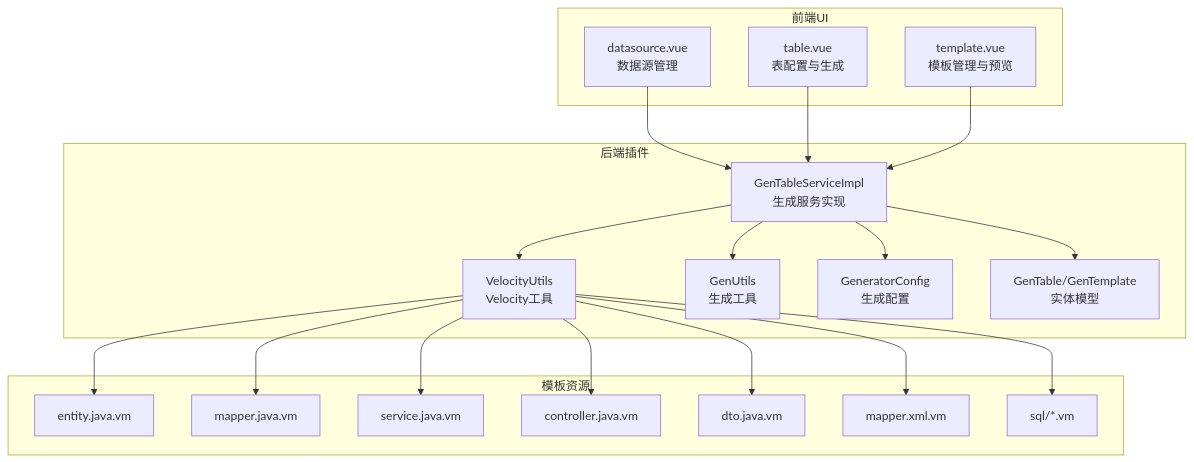
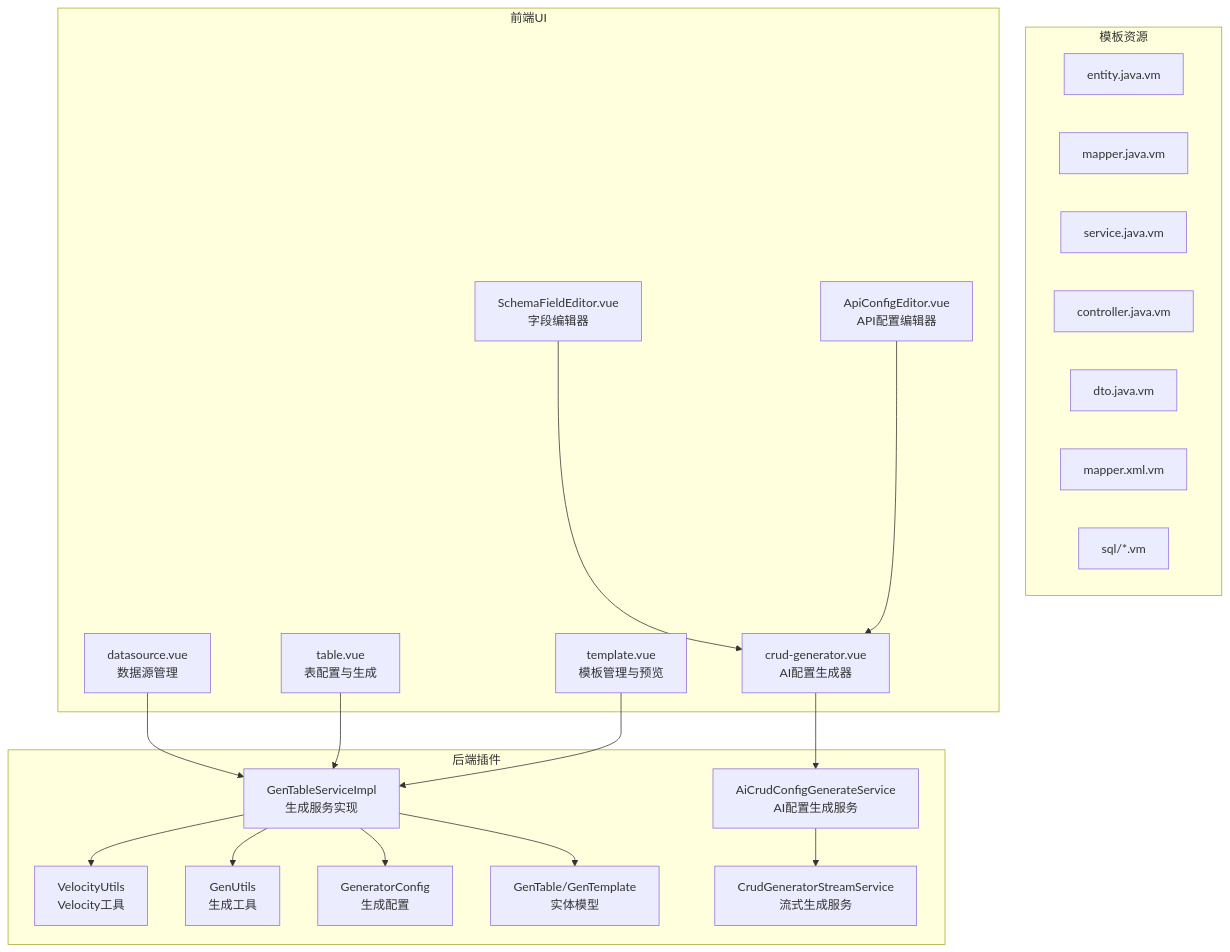
The first of 10 diagrams in .qoder/repowiki/zh/content/核心功能模块/代码生成器/代码生成器.md (yaomindong1996/forge-admin), drawn with Mermaid before and after one commit. The commit also changed other lines of this file and 56 other files, not shown here.

````diff
--- a/.qoder/repowiki/zh/content/核心功能模块/代码生成器/代码生成器.md
+++ b/.qoder/repowiki/zh/content/核心功能模块/代码生成器/代码生成器.md
@@ -41,38 +64,40 @@
 ```mermaid
 graph TB
 subgraph "后端插件"
 A["GenTableServiceImpl<br/>生成服务实现"]
 B["VelocityUtils<br/>Velocity工具"]
 C["GenUtils<br/>生成工具"]
 D["GeneratorConfig<br/>生成配置"]
 E["GenTable/GenTemplate<br/>实体模型"]
+F["AiCrudConfigGenerateService<br/>AI配置生成服务"]
+G["CrudGeneratorStreamService<br/>流式生成服务"]
 end
 subgraph "模板资源"
 T1["entity.java.vm"]
 T2["mapper.java.vm"]
 T3["service.java.vm"]
 T4["controller.java.vm"]
 T5["dto.java.vm"]
 T6["mapper.xml.vm"]
 T7["sql/*.vm"]
 end
 subgraph "前端UI"
 U1["datasource.vue<br/>数据源管理"]
 U2["table.vue<br/>表配置与生成"]
 U3["template.vue<br/>模板管理与预览"]
+U4["crud-generator.vue<br/>AI配置生成器"]
+U5["SchemaFieldEditor.vue<br/>字段编辑器"]
+U6["ApiConfigEditor.vue<br/>API配置编辑器"]
 end
 A --> B
 A --> C
 A --> D
 A --> E
-B --> T1
-B --> T2
-B --> T3
-B --> T4
-B --> T5
-B --> T6
-B --> T7
+F --> G
 U1 --> A
 U2 --> A
 U3 --> A
+U4 --> F
+U5 --> U4
+U6 --> U4
 ```
````
